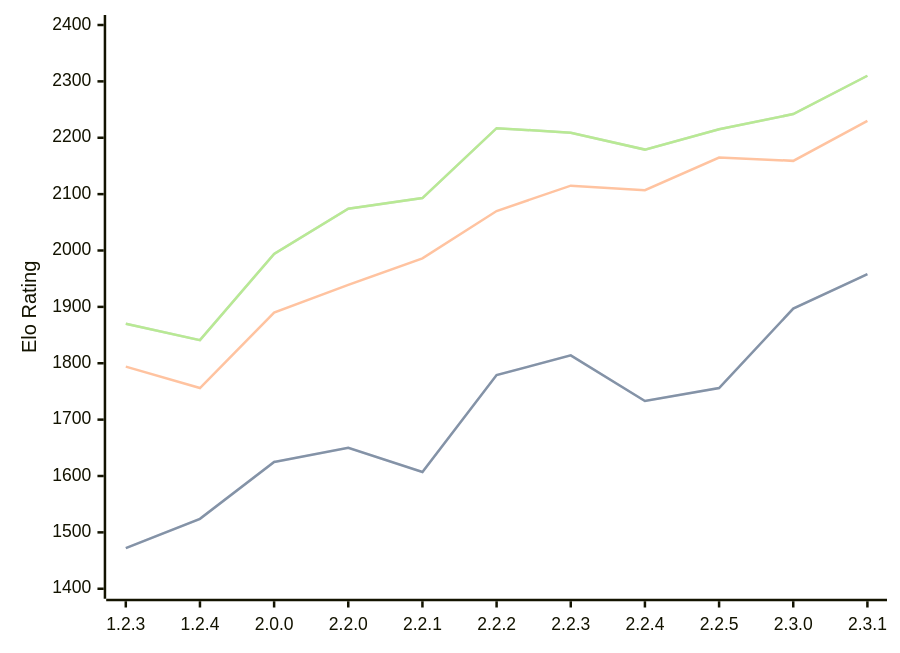
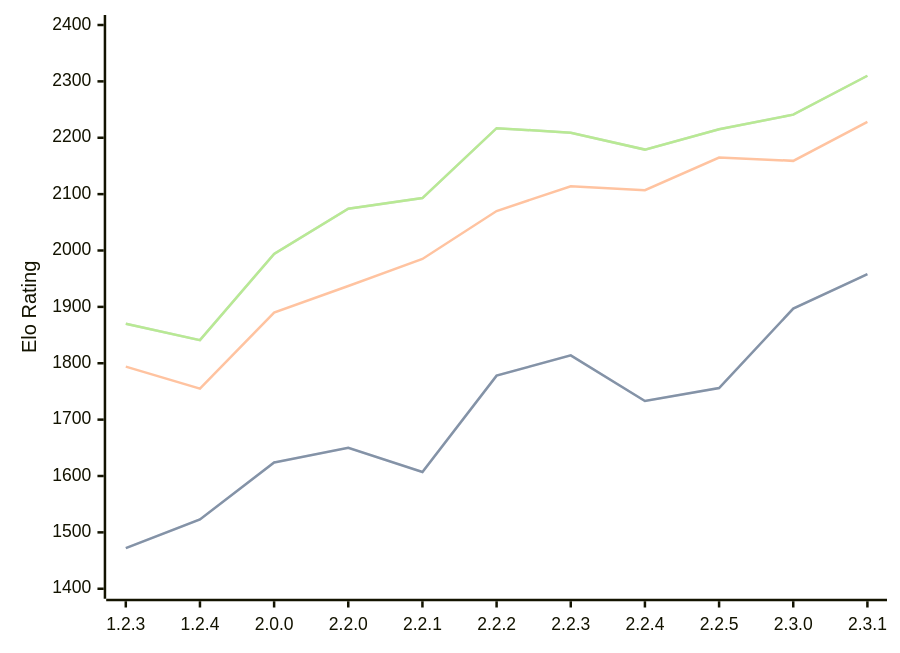
The diagram in engines/Kreveta.md (computer-chess-index/cci), drawn with Mermaid before and after one commit. The commit also changed other lines of this file, not shown here.

Commit message:
Update CCI Ratings (ELO VLTC) - 2026-09-03

````diff
--- a/engines/Kreveta.md
+++ b/engines/Kreveta.md
@@ -43,11 +43,11 @@
 ```mermaid
 %%{init: {"theme":"base","themeVariables":{"seriesColors:['#a3a3a3','#222221','#faa371']}}}%%
 xychart-beta
   x-axis ["1.2.3", "1.2.4", "2.0.0", "2.2.0", "2.2.1", "2.2.2", "2.2.3", "2.2.4", "2.2.5", "2.3.0", "2.3.1"]
   y-axis "Elo Rating" 1400 --> 2400
-  line "" [1472, 1524, 1625, 1650, 1607, 1779, 1814, 1733, 1756, 1897, 1958]
-  line "STC (8.0+0.08s)" [1472, 1524, 1625, 1650, 1607, 1779, 1814, 1733, 1756, 1897, 1958]
-  line "LTC (60.0+0.60s)" [1794, 1756, 1890, 1939, 1986, 2070, 2115, 2107, 2165, 2159, 2230]
-  line "" [1870, 1841, 1994, 2074, 2093, 2217, 2209, 2179, 2215, 2242, 2310]
-  line "VLTC (2m24s+1.12s)" [1870, 1841, 1994, 2074, 2093, 2217, 2209, 2179, 2215, 2242, 2310]
+  line "" [1472, 1523, 1624, 1650, 1607, 1778, 1814, 1733, 1756, 1897, 1958]
+  line "STC (8.0+0.08s)" [1472, 1523, 1624, 1650, 1607, 1778, 1814, 1733, 1756, 1897, 1958]
+  line "LTC (60.0+0.60s)" [1794, 1755, 1890, 1937, 1985, 2070, 2114, 2107, 2165, 2159, 2228]
+  line "" [1870, 1841, 1994, 2074, 2093, 2217, 2209, 2179, 2215, 2241, 2310]
+  line "VLTC (2m24s+1.12s)" [1870, 1841, 1994, 2074, 2093, 2217, 2209, 2179, 2215, 2241, 2310]
 ```
````
